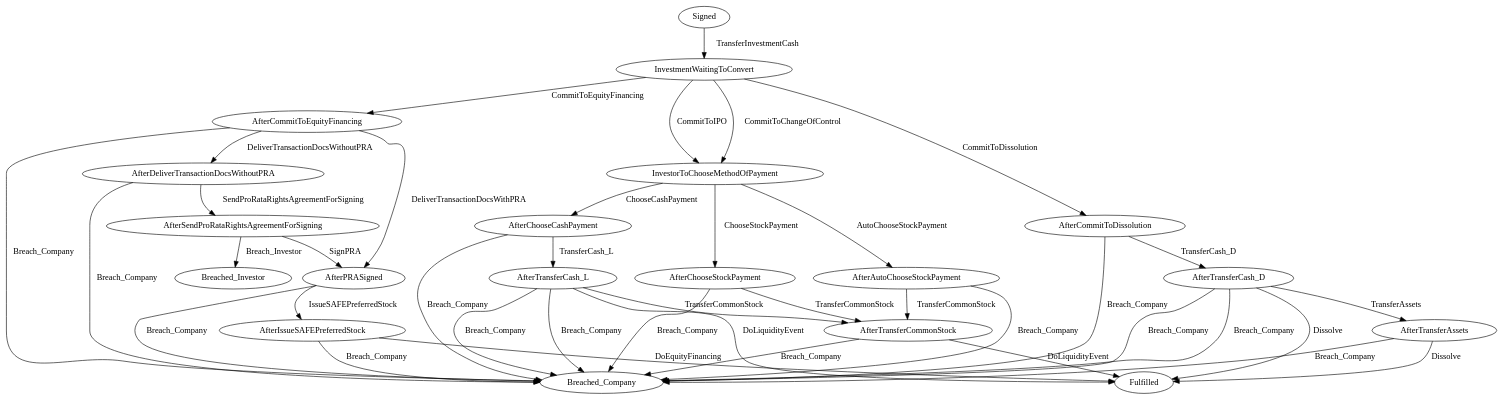
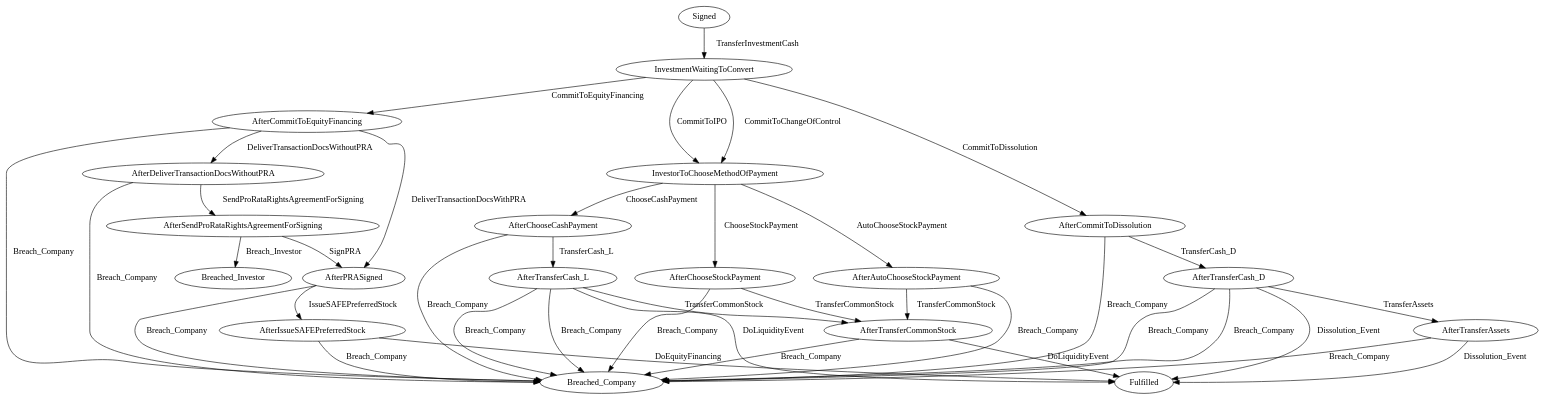
One commit to Marcao02/complaw-deeptech changed the diagram in L4/pyL4/examples/out_graphviz/serious/SAFE_discount.dot. Above: the diagram before and after it, drawn with Graphviz. The commit also changed 16 other files, not shown here.

```diff
--- a/L4/pyL4/examples/out_graphviz/serious/SAFE_discount.dot
+++ b/L4/pyL4/examples/out_graphviz/serious/SAFE_discount.dot
@@ -1,59 +1,59 @@
 // THIS IS A GENERATED FILE. DO NOT EDIT.
 
 digraph SAFE {    
     Fulfilled[label=Fufilled];
     Signed[label=Signed];
 	InvestmentWaitingToConvert[label=InvestmentWaitingToConvert];
 	AfterPRASigned[label=AfterPRASigned];
 	InvestorToChooseMethodOfPayment[label=InvestorToChooseMethodOfPayment];
 	Fulfilled[label=Fulfilled]
         
     
          
     
     
     
     
     Signed -> InvestmentWaitingToConvert [label=TransferInvestmentCash];
 	InvestmentWaitingToConvert -> AfterCommitToEquityFinancing [label=CommitToEquityFinancing];
 	InvestmentWaitingToConvert -> InvestorToChooseMethodOfPayment [label=CommitToIPO];
 	InvestmentWaitingToConvert -> InvestorToChooseMethodOfPayment [label=CommitToChangeOfControl];
 	InvestmentWaitingToConvert -> AfterCommitToDissolution [label=CommitToDissolution];
 	AfterCommitToEquityFinancing -> AfterPRASigned [label=DeliverTransactionDocsWithPRA];
 	AfterCommitToEquityFinancing -> AfterDeliverTransactionDocsWithoutPRA [label=DeliverTransactionDocsWithoutPRA];
 	AfterCommitToEquityFinancing -> Breached_Company [label=Breach_Company];
 	AfterDeliverTransactionDocsWithoutPRA -> AfterSendProRataRightsAgreementForSigning [label=SendProRataRightsAgreementForSigning];
 	AfterDeliverTransactionDocsWithoutPRA -> Breached_Company [label=Breach_Company];
 	AfterSendProRataRightsAgreementForSigning -> AfterPRASigned [label=SignPRA];
 	AfterSendProRataRightsAgreementForSigning -> Breached_Investor [label=Breach_Investor];
 	AfterPRASigned -> AfterIssueSAFEPreferredStock [label=IssueSAFEPreferredStock];
 	AfterPRASigned -> Breached_Company [label=Breach_Company];
 	AfterIssueSAFEPreferredStock -> Fulfilled [label=DoEquityFinancing];
 	AfterIssueSAFEPreferredStock -> Breached_Company [label=Breach_Company];
 	InvestorToChooseMethodOfPayment -> AfterChooseCashPayment [label=ChooseCashPayment];
 	InvestorToChooseMethodOfPayment -> AfterChooseStockPayment [label=ChooseStockPayment];
 	InvestorToChooseMethodOfPayment -> AfterAutoChooseStockPayment [label=AutoChooseStockPayment];
 	AfterAutoChooseStockPayment -> AfterTransferCommonStock [label=TransferCommonStock];
 	AfterAutoChooseStockPayment -> Breached_Company [label=Breach_Company];
 	AfterChooseStockPayment -> AfterTransferCommonStock [label=TransferCommonStock];
 	AfterChooseStockPayment -> Breached_Company [label=Breach_Company];
 	AfterTransferCommonStock -> Fulfilled [label=DoLiquidityEvent];
 	AfterTransferCommonStock -> Breached_Company [label=Breach_Company];
 	AfterChooseCashPayment -> AfterTransferCash_L [label=TransferCash_L];
 	AfterChooseCashPayment -> Breached_Company [label=Breach_Company];
 	AfterTransferCash_L -> AfterTransferCommonStock [label=TransferCommonStock];
 	AfterTransferCash_L -> Breached_Company [label=Breach_Company];
 	AfterTransferCash_L -> Fulfilled [label=DoLiquidityEvent];
 	AfterTransferCash_L -> Breached_Company [label=Breach_Company];
 	AfterCommitToDissolution -> AfterTransferCash_D [label=TransferCash_D];
 	AfterCommitToDissolution -> Breached_Company [label=Breach_Company];
 	AfterTransferCash_D -> AfterTransferAssets [label=TransferAssets];
 	AfterTransferCash_D -> Breached_Company [label=Breach_Company];
-	AfterTransferCash_D -> Fulfilled [label=Dissolve];
+	AfterTransferCash_D -> Fulfilled [label=Dissolution_Event];
 	AfterTransferCash_D -> Breached_Company [label=Breach_Company];
-	AfterTransferAssets -> Fulfilled [label=Dissolve];
+	AfterTransferAssets -> Fulfilled [label=Dissolution_Event];
 	AfterTransferAssets -> Breached_Company [label=Breach_Company];
 	     
     
        
 }
```
